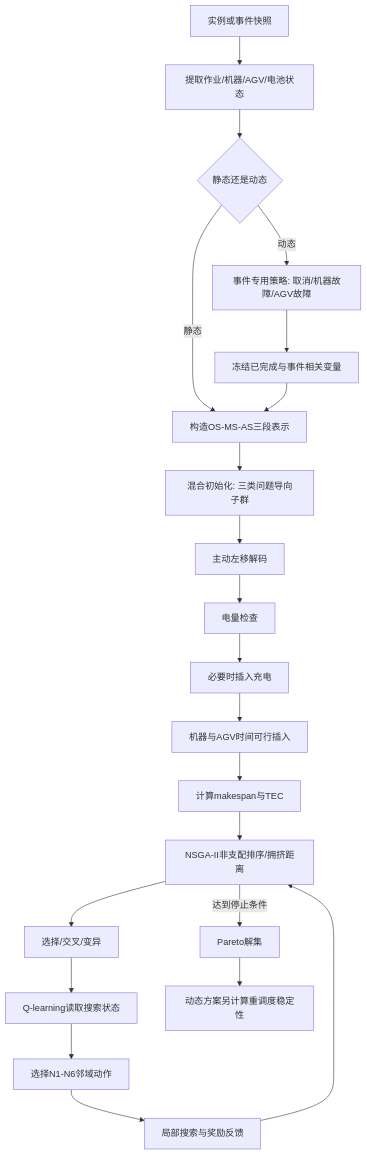
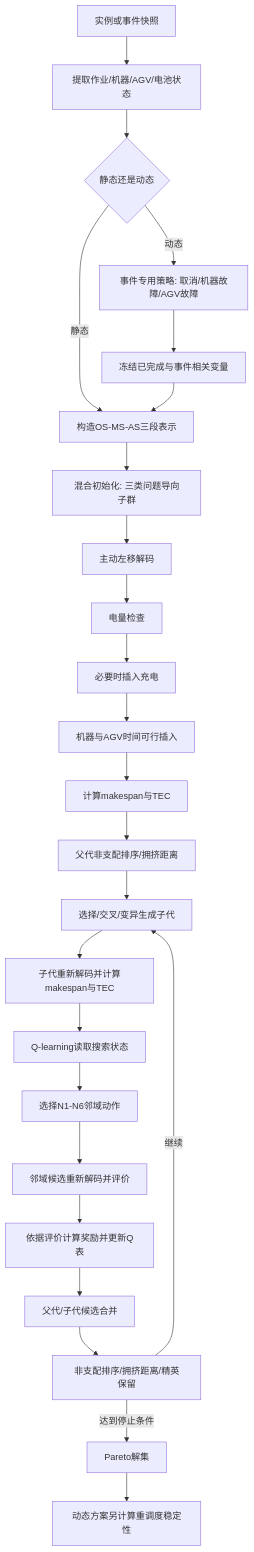
One commit to tianyueni78-cyber/paper changed the first of 5 diagrams in 文献综述/03_算法机制/N5_方法流程图.md. Above: the diagram before and after it, drawn with Mermaid. The commit also changed other lines of this file and 4 other files, not shown here.

````diff
--- a/文献综述/03_算法机制/N5_方法流程图.md
+++ b/文献综述/03_算法机制/N5_方法流程图.md
@@ -11,23 +11,27 @@
 ```mermaid
 flowchart TD
     A[实例或事件快照] --> B[提取作业/机器/AGV/电池状态]
     B --> C{静态还是动态}
     C -->|静态| D[构造OS-MS-AS三段表示]
     C -->|动态| E[事件专用策略: 取消/机器故障/AGV故障]
     E --> F[冻结已完成与事件相关变量]
     F --> D
     D --> G[混合初始化: 三类问题导向子群]
     G --> H[主动左移解码]
     H --> H1[电量检查]
     H1 --> H2[必要时插入充电]
     H2 --> H3[机器与AGV时间可行插入]
     H3 --> I[计算makespan与TEC]
-    I --> J[NSGA-II非支配排序/拥挤距离]
-    J --> K[选择/交叉/变异]
-    K --> L[Q-learning读取搜索状态]
+    I --> J[父代非支配排序/拥挤距离]
+    J --> K[选择/交叉/变异生成子代]
+    K --> K1[子代重新解码并计算makespan与TEC]
+    K1 --> L[Q-learning读取搜索状态]
     L --> M[选择N1-N6邻域动作]
-    M --> N[局部搜索与奖励反馈]
-    N --> J
-    J -->|达到停止条件| O[Pareto解集]
+    M --> M1[邻域候选重新解码并评价]
+    M1 --> N[依据评价计算奖励并更新Q表]
+    N --> N1[父代/子代候选合并]
+    N1 --> N2[非支配排序/拥挤距离/精英保留]
+    N2 -->|继续| K
+    N2 -->|达到停止条件| O[Pareto解集]
     O --> P[动态方案另计算重调度稳定性]
 ```
````
